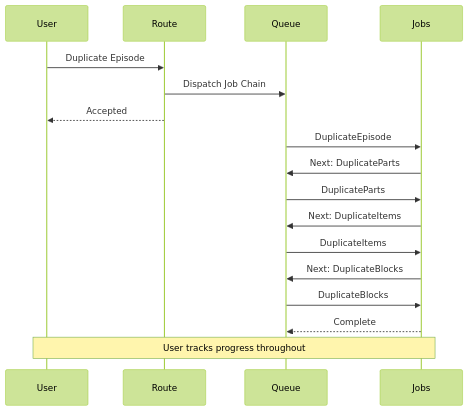
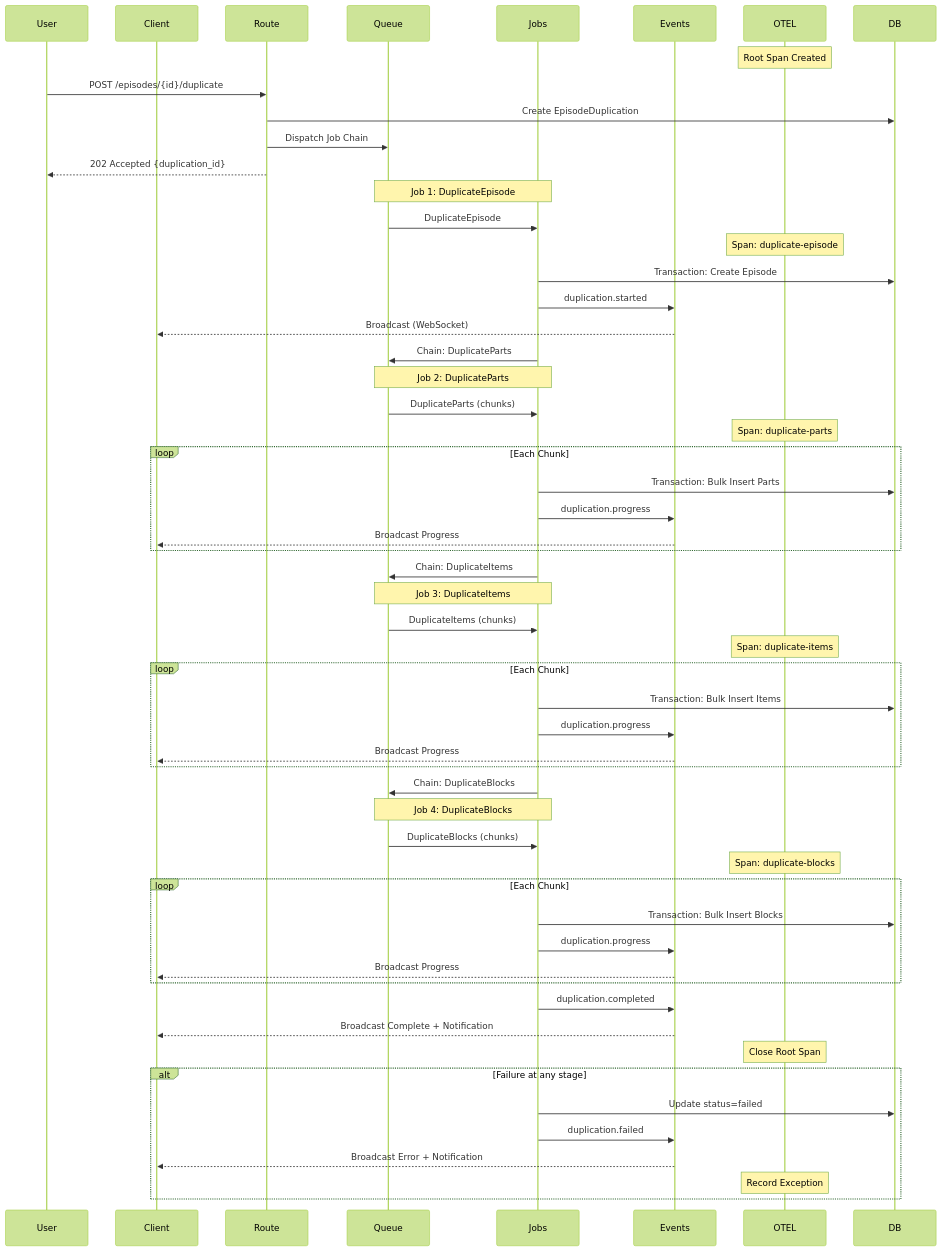
Before and after one commit to rstek/cuez-assignment: the diagram in assets/job-chain-sequence.mmd, drawn with Mermaid (forest theme). The commit also changed 1 other file, not shown here.

Commit message:
Updated sequence diagram

```diff
--- a/assets/job-chain-sequence.mmd
+++ b/assets/job-chain-sequence.mmd
@@ -1,23 +1,62 @@
 sequenceDiagram
     participant User
+    participant Client
     participant Route
     participant Queue
     participant Jobs
-    
-    User->>Route: Duplicate Episode
+    participant Events
+    participant OTEL
+    participant DB
+
+    Note over OTEL: Root Span Created
+    User->>Route: POST /episodes/{id}/duplicate
+    Route->>DB: Create EpisodeDuplication
     Route->>Queue: Dispatch Job Chain
-    Route-->>User: Accepted
-    
+    Route-->>User: 202 Accepted {duplication_id}
+
+    Note over Queue,Jobs: Job 1: DuplicateEpisode
     Queue->>Jobs: DuplicateEpisode
-    Jobs->>Queue: Next: DuplicateParts
-    
-    Queue->>Jobs: DuplicateParts
-    Jobs->>Queue: Next: DuplicateItems
-    
-    Queue->>Jobs: DuplicateItems
-    Jobs->>Queue: Next: DuplicateBlocks
-    
-    Queue->>Jobs: DuplicateBlocks
-    Jobs-->>Queue: Complete
-    
-    Note over User,Jobs: User tracks progress throughout
+    Note over OTEL: Span: duplicate-episode
+    Jobs->>DB: Transaction: Create Episode
+    Jobs->>Events: duplication.started
+    Events-->>Client: Broadcast (WebSocket)
+    Jobs->>Queue: Chain: DuplicateParts
+
+    Note over Queue,Jobs: Job 2: DuplicateParts
+    Queue->>Jobs: DuplicateParts (chunks)
+    Note over OTEL: Span: duplicate-parts
+    loop Each Chunk
+        Jobs->>DB: Transaction: Bulk Insert Parts
+        Jobs->>Events: duplication.progress
+        Events-->>Client: Broadcast Progress
+    end
+    Jobs->>Queue: Chain: DuplicateItems
+
+    Note over Queue,Jobs: Job 3: DuplicateItems
+    Queue->>Jobs: DuplicateItems (chunks)
+    Note over OTEL: Span: duplicate-items
+    loop Each Chunk
+        Jobs->>DB: Transaction: Bulk Insert Items
+        Jobs->>Events: duplication.progress
+        Events-->>Client: Broadcast Progress
+    end
+    Jobs->>Queue: Chain: DuplicateBlocks
+
+    Note over Queue,Jobs: Job 4: DuplicateBlocks
+    Queue->>Jobs: DuplicateBlocks (chunks)
+    Note over OTEL: Span: duplicate-blocks
+    loop Each Chunk
+        Jobs->>DB: Transaction: Bulk Insert Blocks
+        Jobs->>Events: duplication.progress
+        Events-->>Client: Broadcast Progress
+    end
+    Jobs->>Events: duplication.completed
+    Events-->>Client: Broadcast Complete + Notification
+    Note over OTEL: Close Root Span
+
+    alt Failure at any stage
+        Jobs->>DB: Update status=failed
+        Jobs->>Events: duplication.failed
+        Events-->>Client: Broadcast Error + Notification
+        Note over OTEL: Record Exception
+    end
```
